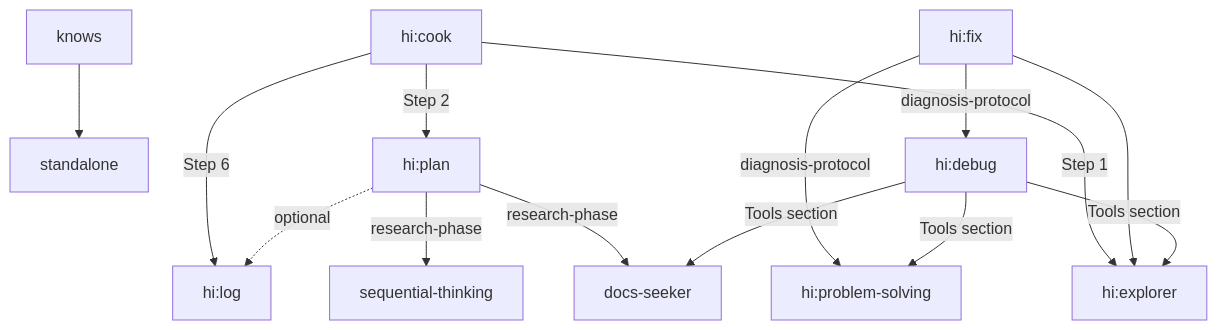
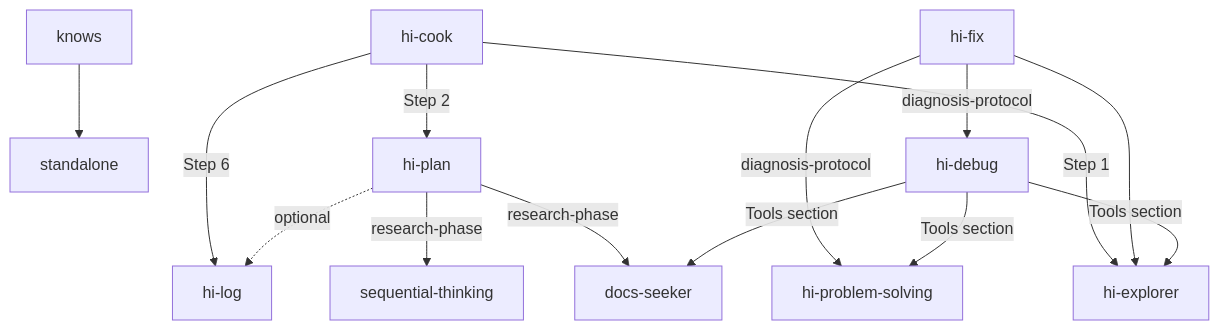
One commit to baka3k/dev-kit changed the diagram in dependency.md. Above: the diagram before and after it, drawn with Mermaid. The commit also changed other lines of this file and 26 other files, not shown here.

````diff
--- a/dependency.md
+++ b/dependency.md
@@ -9,17 +9,17 @@
 ```mermaid
 graph TD
     knows[knows] --> standalone
-    cook[hi:cook] --> |Step 1| explorer[hi:explorer]
-    cook --> |Step 2| plan[hi:plan]
-    cook --> |Step 6| log[hi:log]
+    cook[hi-cook] --> |Step 1| explorer[hi-explorer]
+    cook --> |Step 2| plan[hi-plan]
+    cook --> |Step 6| log[hi-log]
     plan --> |research-phase| seqthink[sequential-thinking]
     plan --> |research-phase| docs[docs-seeker]
     plan -.-> |optional| log
-    fix[hi:fix] --> explorer
-    fix --> |diagnosis-protocol| debug[hi:debug]
-    fix --> |diagnosis-protocol| probsolve[hi:problem-solving]
+    fix[hi-fix] --> explorer
+    fix --> |diagnosis-protocol| debug[hi-debug]
+    fix --> |diagnosis-protocol| probsolve[hi-problem-solving]
     debug --> |Tools section| docs
     debug --> |Tools section| explorer
     debug --> |Tools section| probsolve
 
 ```
````
